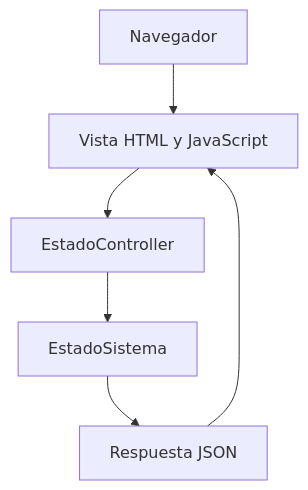
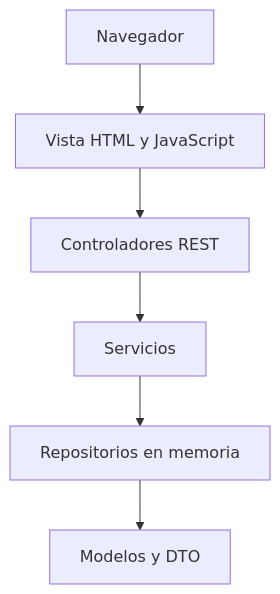
The diagram in docs/arquitectura.md (JuanFiligrana/Agrovalle-Conect), drawn with Mermaid before and after one commit. The commit also changed other lines of this file and 41 other files, not shown here.

````diff
--- a/docs/arquitectura.md
+++ b/docs/arquitectura.md
@@ -8,8 +9,8 @@
 ```mermaid
 flowchart TD
     B["Navegador"] --> V["Vista HTML y JavaScript"]
-    V --> C["EstadoController"]
-    C --> M["EstadoSistema"]
-    M --> J["Respuesta JSON"]
-    J --> V
+    V --> C["Controladores REST"]
+    C --> S["Servicios"]
+    S --> R["Repositorios en memoria"]
+    R --> D["Modelos y DTO"]
 ```
````
